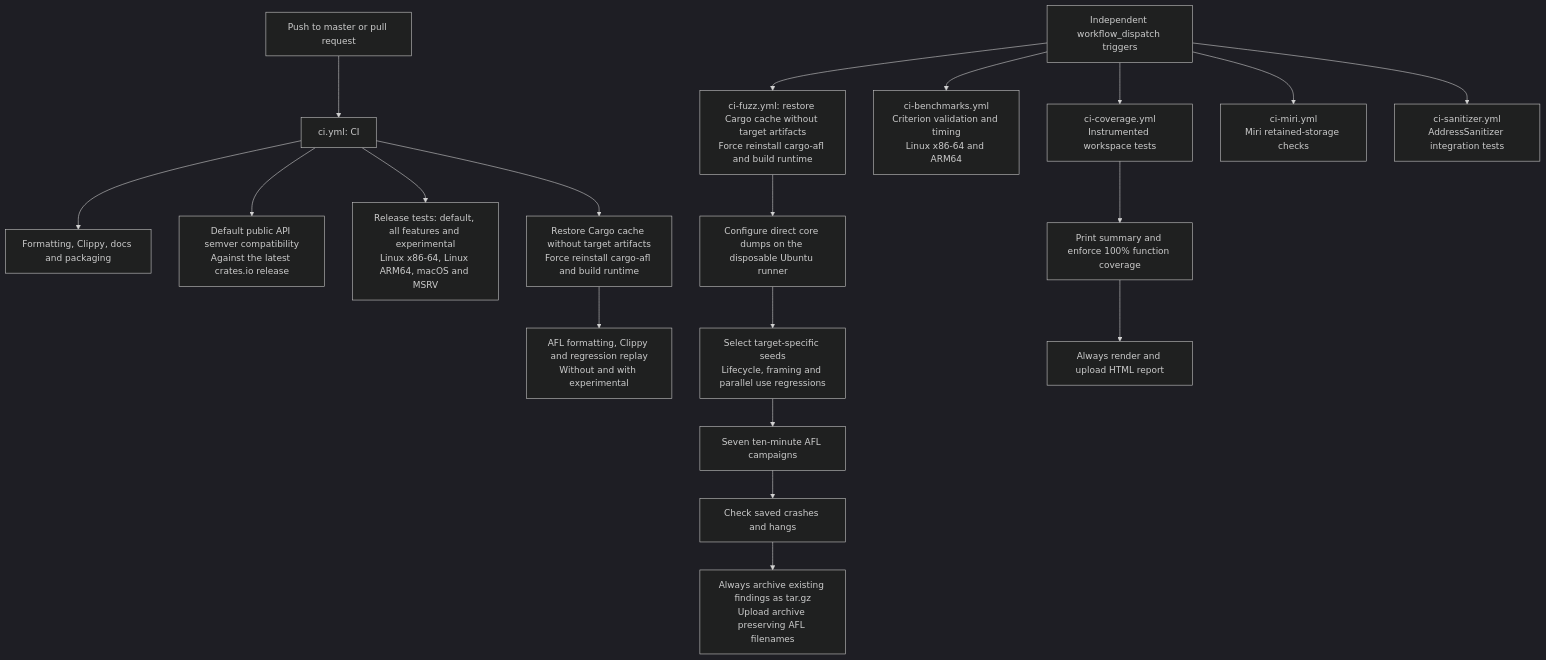
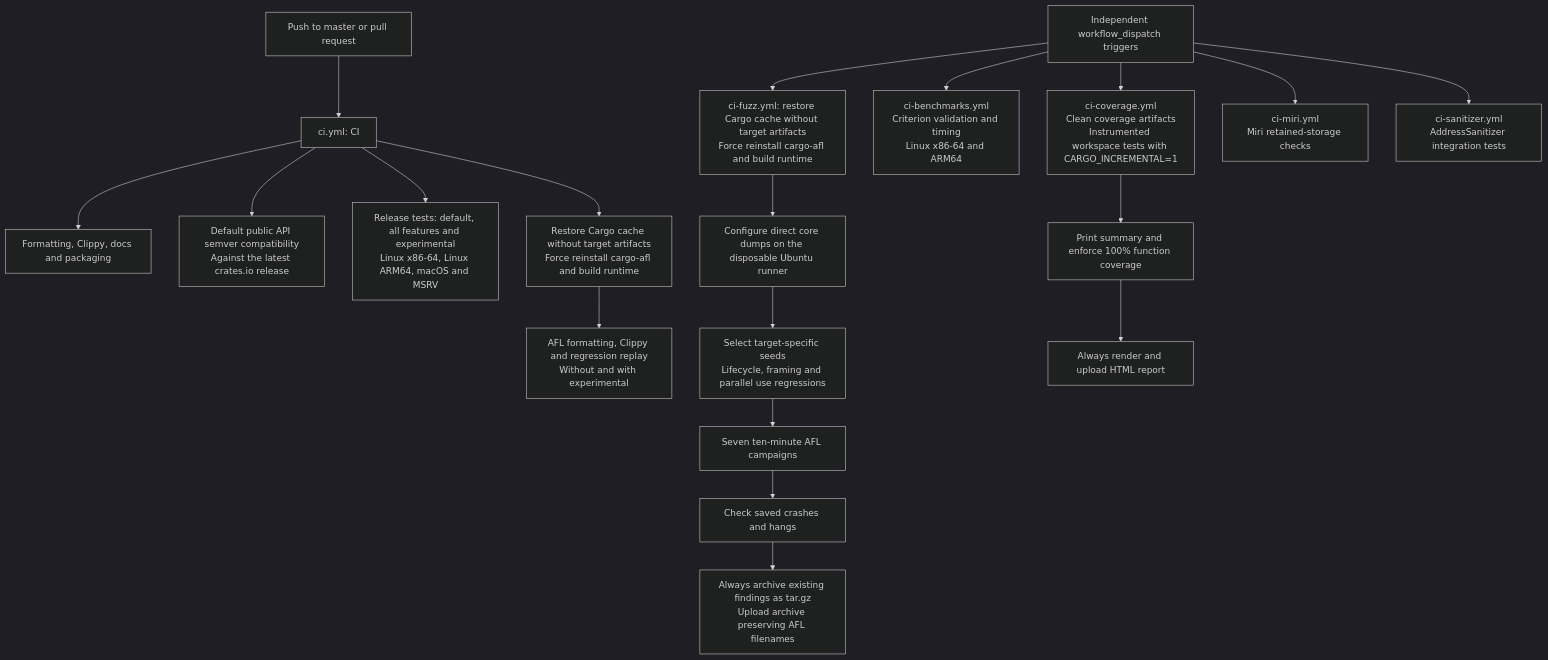
The diagram in architecture/ci.md (Mnwa/mbrotli), drawn with Mermaid (dark theme) before and after one commit. The commit also changed other lines of this file and 3 other files, not shown here.

````diff
--- a/architecture/ci.md
+++ b/architecture/ci.md
@@ -6,21 +6,21 @@
 ```mermaid
 flowchart TD
     automatic["Push to master or pull request"] --> fast["ci.yml: CI"]
     fast --> check["Formatting, Clippy, docs and packaging"]
     fast --> semver["Default public API semver compatibility<br/>Against the latest crates.io release"]
     fast --> tests["Release tests: default, all features and experimental<br/>Linux x86-64, Linux ARM64, macOS and MSRV"]
     fast --> replaySetup["Restore Cargo cache without target artifacts<br/>Force reinstall cargo-afl and build runtime"]
     replaySetup --> replay["AFL formatting, Clippy and regression replay<br/>Without and with experimental"]
     manual["Independent workflow_dispatch triggers"] --> fuzzSetup["ci-fuzz.yml: restore Cargo cache without target artifacts<br/>Force reinstall cargo-afl and build runtime"]
     fuzzSetup --> crashSetup["Configure direct core dumps on the disposable Ubuntu runner"]
     crashSetup --> seeds["Select target-specific seeds<br/>Lifecycle, framing and parallel use regressions"]
     seeds --> fuzz["Seven ten-minute AFL campaigns"]
     fuzz --> findings["Check saved crashes and hangs"]
     findings --> archive["Always archive existing findings as tar.gz<br/>Upload archive preserving AFL filenames"]
     manual --> bench["ci-benchmarks.yml<br/>Criterion validation and timing<br/>Linux x86-64 and ARM64"]
-    manual --> coverage["ci-coverage.yml<br/>Instrumented workspace tests"]
+    manual --> coverage["ci-coverage.yml<br/>Clean coverage artifacts<br/>Instrumented workspace tests with CARGO_INCREMENTAL=1"]
     coverage --> coverageGate["Print summary and enforce 100% function coverage"]
     coverageGate --> coverageReport["Always render and upload HTML report"]
     manual --> miri["ci-miri.yml<br/>Miri retained-storage checks"]
     manual --> asan["ci-sanitizer.yml<br/>AddressSanitizer integration tests"]
 ```
````
